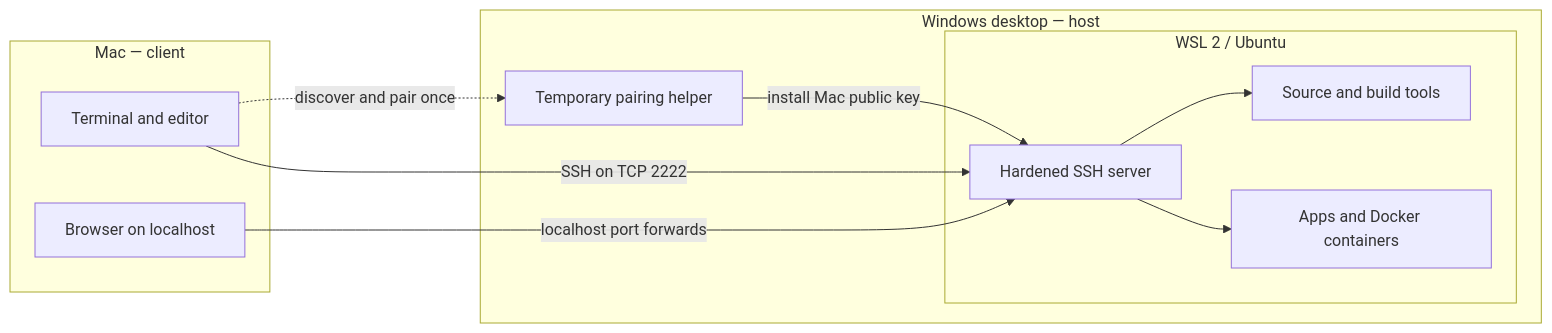
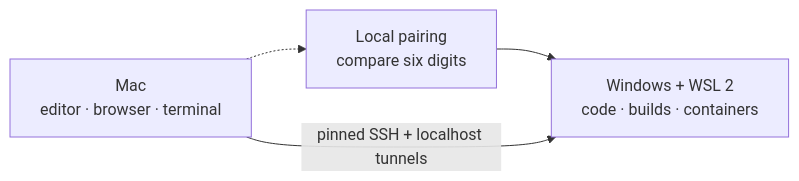
Before and after one commit to M3ndes/otherhost: the diagram in README.md, drawn with Mermaid. The commit also changed other lines of this file and 2 other files, not shown here.

````diff
--- a/README.md
+++ b/README.md
@@ -71,23 +51,10 @@
 ```mermaid
 flowchart LR
-    subgraph Client["Mac — client"]
-        Editor["Terminal and editor"]
-        Browser["Browser on localhost"]
-    end
+    Mac["Mac<br/>editor · browser · terminal"]
+    Pair["Local pairing<br/>compare six digits"]
+    WSL["Windows + WSL 2<br/>code · builds · containers"]
 
-    subgraph Host["Windows desktop — host"]
-        Pair["Temporary pairing helper"]
-        subgraph WSL["WSL 2 / Ubuntu"]
-            SSH["Hardened SSH server"]
-            Code["Source and build tools"]
-            Apps["Apps and Docker containers"]
-        end
-    end
-
-    Editor -.->|"discover and pair once"| Pair
-    Pair -->|"install Mac public key"| SSH
-    Editor -->|"SSH on TCP 2222"| SSH
-    Browser -->|"localhost port forwards"| SSH
-    SSH --> Code
-    SSH --> Apps
+    Mac -.-> Pair
+    Pair --> WSL
+    Mac -->|"pinned SSH + localhost tunnels"| WSL
 ```
````
